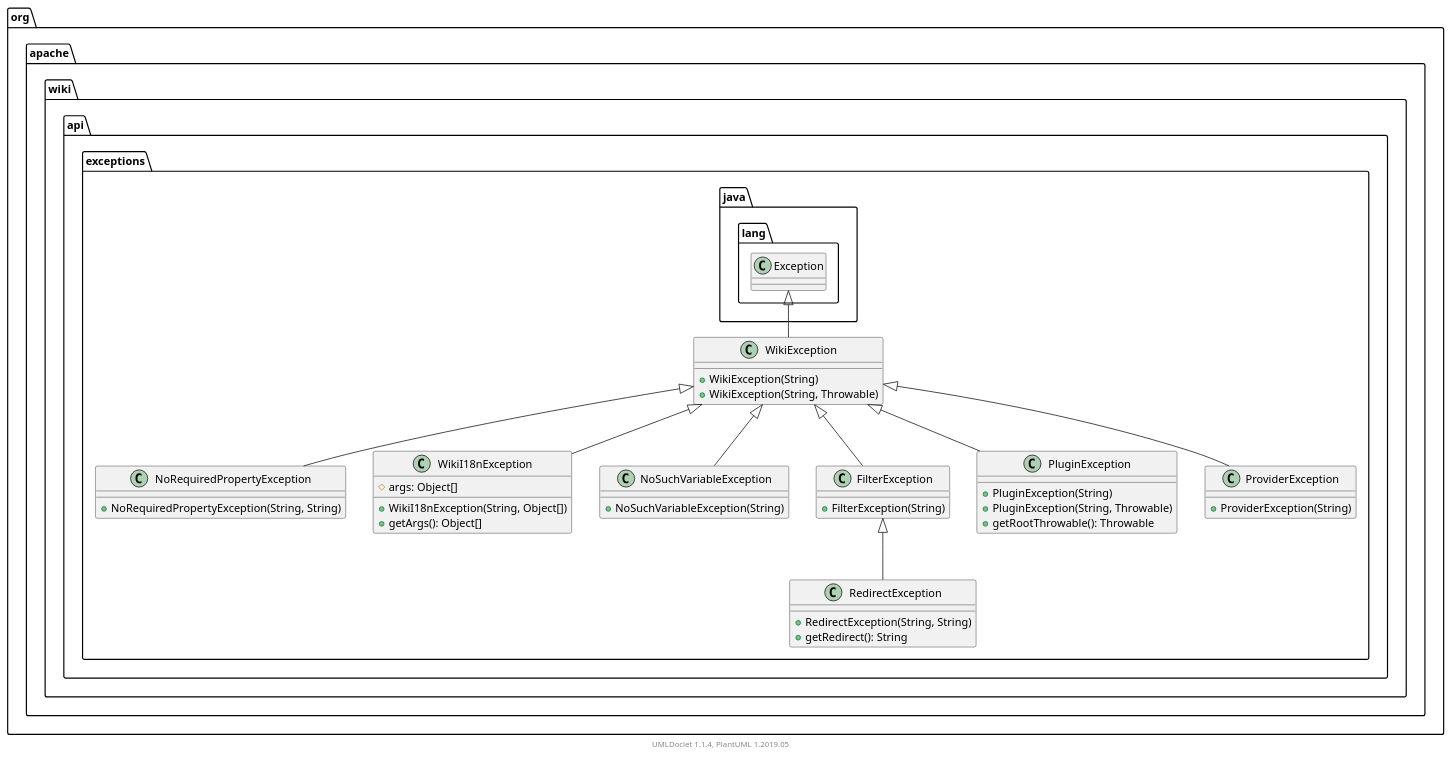
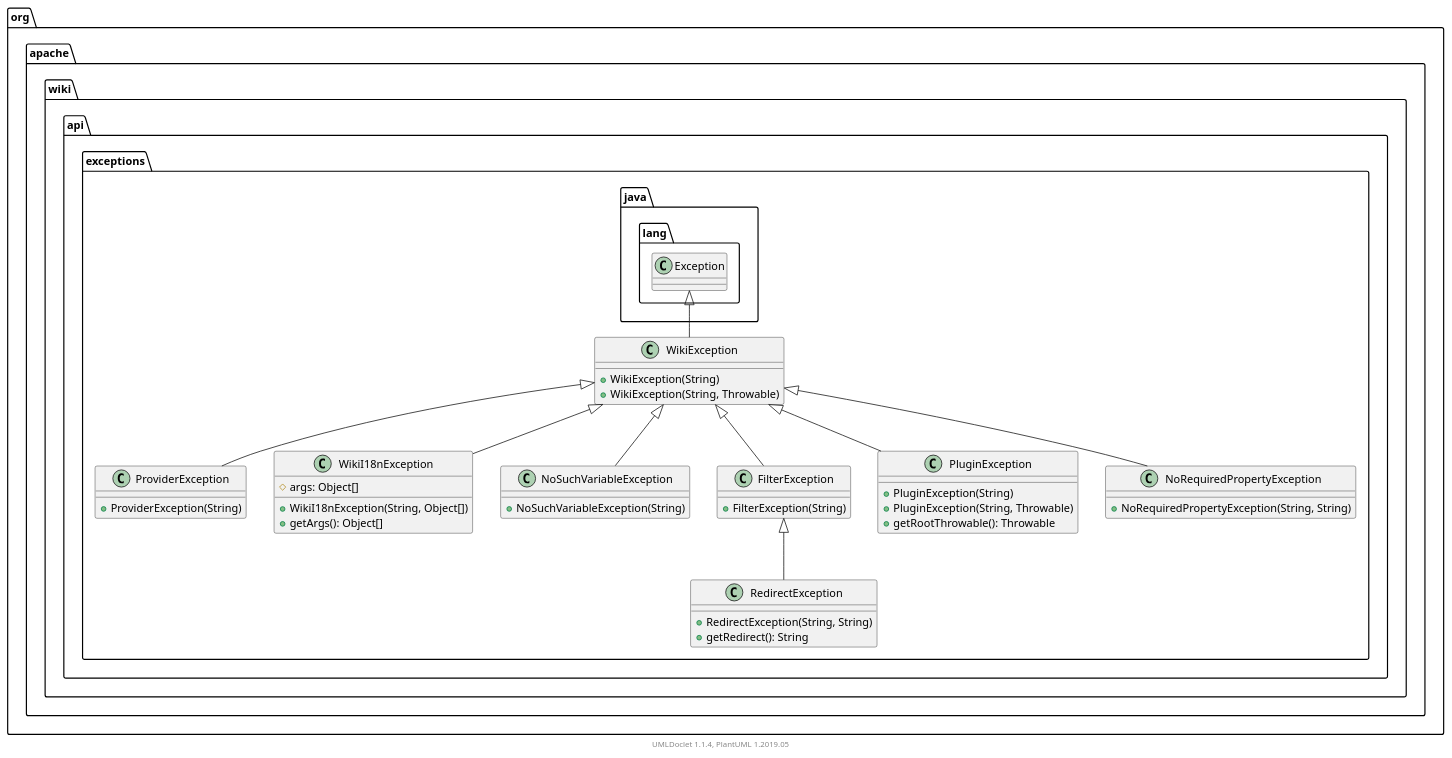
The diagram in apidocs/2.11.0.M7-SNAPSHOT/org/apache/wiki/api/exceptions/package.puml (apache/jspwiki-site), drawn with PlantUML before and after one commit. The commit also changed other lines of this file and 1217 other files, not shown here.

```diff
--- a/apidocs/2.11.0.M7-SNAPSHOT/org/apache/wiki/api/exceptions/package.puml
+++ b/apidocs/2.11.0.M7-SNAPSHOT/org/apache/wiki/api/exceptions/package.puml
@@ -1,64 +1,64 @@
 @startuml
 
     namespace org.apache.wiki.api.exceptions {
 
-        class NoRequiredPropertyException [[NoRequiredPropertyException.html]] {
-            +NoRequiredPropertyException(String, String)
+        class ProviderException [[ProviderException.html]] {
+            +ProviderException(String)
         }
 
         class WikiI18nException [[WikiI18nException.html]] {
             #args: Object[]
             +WikiI18nException(String, Object[])
             +getArgs(): Object[]
-        }
-
-        class RedirectException [[RedirectException.html]] {
-            +RedirectException(String, String)
-            +getRedirect(): String
         }
 
         class NoSuchVariableException [[NoSuchVariableException.html]] {
             +NoSuchVariableException(String)
         }
 
         class FilterException [[FilterException.html]] {
             +FilterException(String)
         }
 
         class PluginException [[PluginException.html]] {
             +PluginException(String)
             +PluginException(String, Throwable)
             +getRootThrowable(): Throwable
         }
 
+        class RedirectException [[RedirectException.html]] {
+            +RedirectException(String, String)
+            +getRedirect(): String
+        }
+
         class WikiException [[WikiException.html]] {
             +WikiException(String)
             +WikiException(String, Throwable)
         }
 
-        class ProviderException [[ProviderException.html]] {
-            +ProviderException(String)
+        class NoRequiredPropertyException [[NoRequiredPropertyException.html]] {
+            +NoRequiredPropertyException(String, String)
         }
 
-        WikiException <|-- NoRequiredPropertyException
+        WikiException <|-- ProviderException
 
         WikiException <|-- WikiI18nException
-
-        FilterException <|-- RedirectException
 
         WikiException <|-- NoSuchVariableException
 
         WikiException <|-- FilterException
 
         WikiException <|-- PluginException
 
+        FilterException <|-- RedirectException
+
         class java.lang.Exception
         java.lang.Exception <|-- WikiException
 
-        WikiException <|-- ProviderException
+        WikiException <|-- NoRequiredPropertyException
 
     }
 
 
     center footer UMLDoclet 1.1.4, PlantUML 1.2019.05
 @enduml
```
